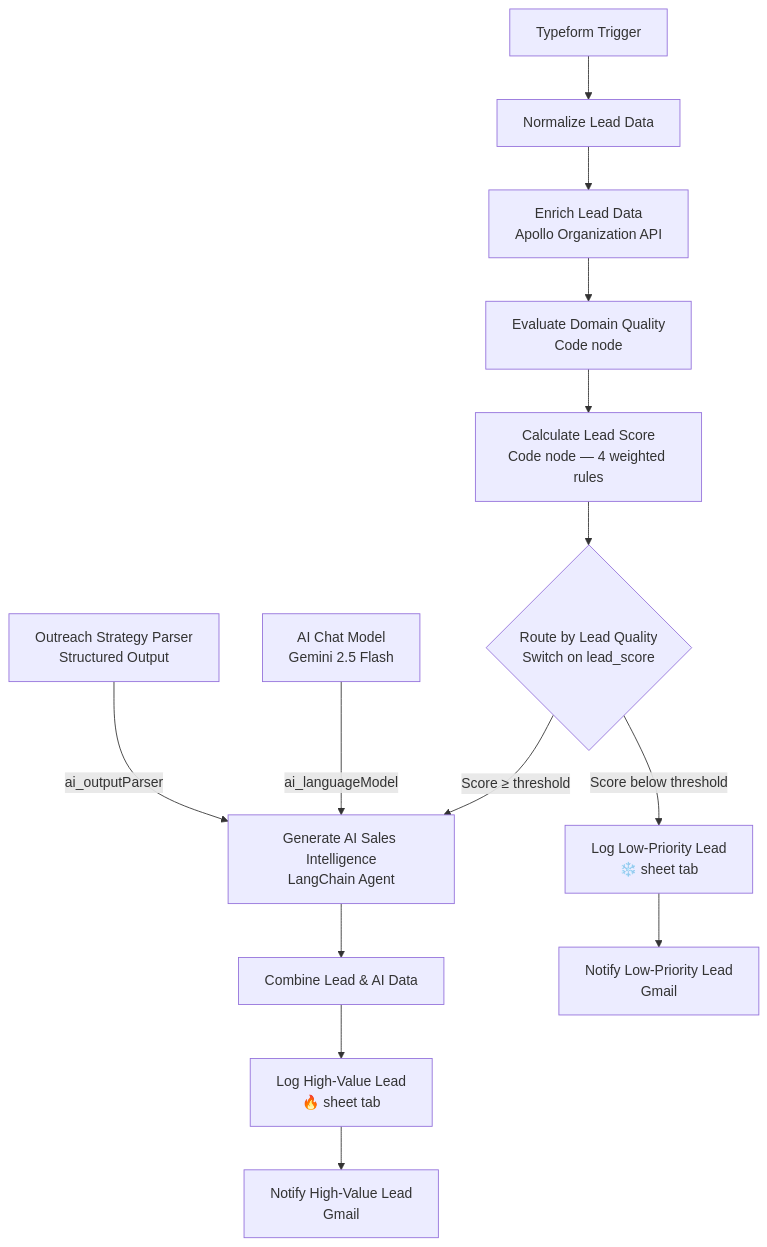
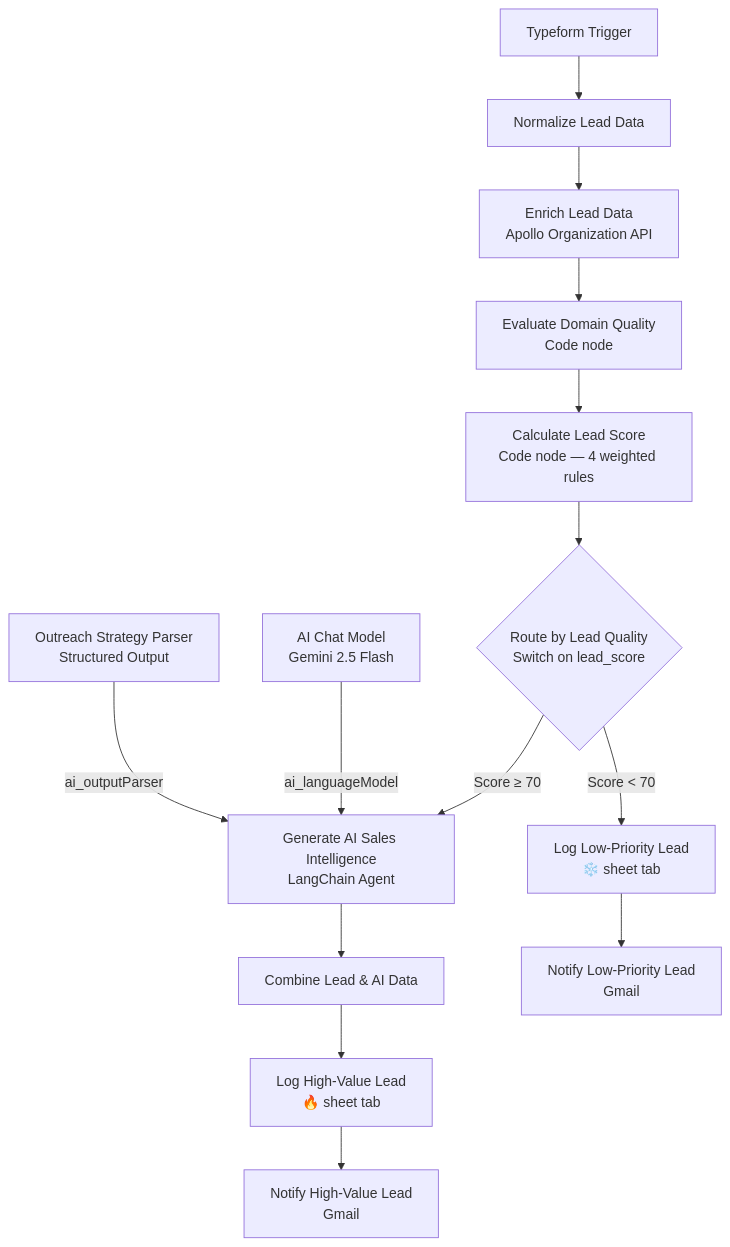
One commit to Shaban27-dev/n8n-workflows changed the diagram in ai-lead-enrichment-qualification-pipeline/README.md. Above: the diagram before and after it, drawn with Mermaid. The commit also changed other lines of this file and 11 other files, not shown here.

Commit message:
feat: add comprehensive case study, workflow architecture, and updated documentation

````diff
--- a/ai-lead-enrichment-qualification-pipeline/README.md
+++ b/ai-lead-enrichment-qualification-pipeline/README.md
@@ -82,19 +84,19 @@
 ```mermaid
 flowchart TD
     A[Typeform Trigger] --> B[Normalize Lead Data]
     B --> C[Enrich Lead Data\nApollo Organization API]
     C --> D[Evaluate Domain Quality\nCode node]
     D --> E[Calculate Lead Score\nCode node — 4 weighted rules]
     E --> F{Route by Lead Quality\nSwitch on lead_score}
 
-    F -- "Score ≥ threshold" --> G[Generate AI Sales Intelligence\nLangChain Agent]
+    F -- "Score ≥ 70" --> G[Generate AI Sales Intelligence\nLangChain Agent]
     H[AI Chat Model\nGemini 2.5 Flash] -- ai_languageModel --> G
     I[Outreach Strategy Parser\nStructured Output] -- ai_outputParser --> G
 
     G --> J[Combine Lead & AI Data]
     J --> K[Log High-Value Lead\n🔥 sheet tab]
     K --> L[Notify High-Value Lead\nGmail]
 
-    F -- "Score below threshold" --> M[Log Low-Priority Lead\n❄️ sheet tab]
+    F -- "Score < 70" --> M[Log Low-Priority Lead\n❄️ sheet tab]
     M --> N[Notify Low-Priority Lead\nGmail]
 ```
````
